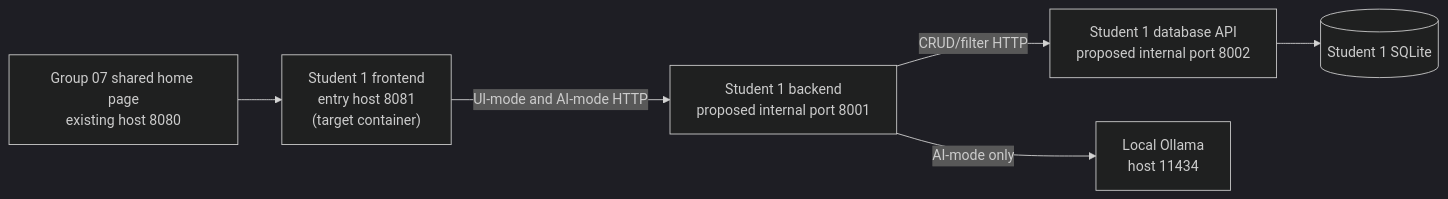
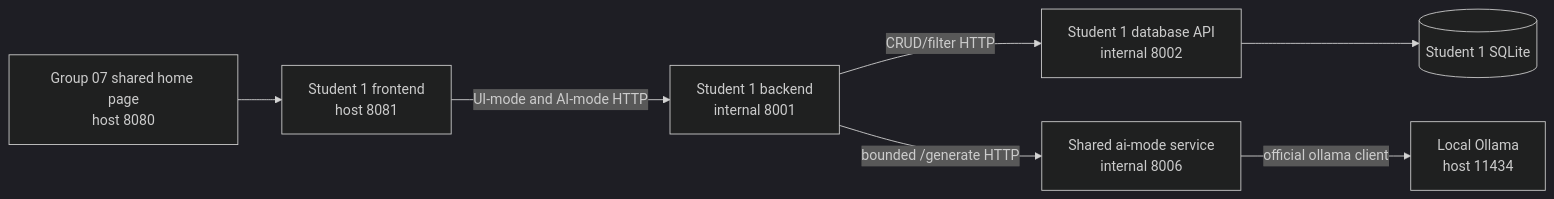
One commit to JulianKirk/TripGenie changed the diagram in docs/architecture/student-1-release-0-architecture.md. Above: the diagram before and after it, drawn with Mermaid (dark theme). The commit also changed other lines of this file and 42 other files, not shown here.

Commit message:
feat: refactor issue 12 shared ai mode

````diff
--- a/docs/architecture/student-1-release-0-architecture.md
+++ b/docs/architecture/student-1-release-0-architecture.md
@@ -37,8 +31,9 @@
 ```mermaid
 flowchart LR
-    Shared["Group 07 shared home page\nexisting host 8080"] --> Front["Student 1 frontend\nentry host 8081\n(target container)"]
-    Front -->|UI-mode and AI-mode HTTP| Back["Student 1 backend\nproposed internal port 8001"]
-    Back -->|CRUD/filter HTTP| Db["Student 1 database API\nproposed internal port 8002"]
+    Shared["Group 07 shared home page\nhost 8080"] --> Front["Student 1 frontend\nhost 8081"]
+    Front -->|UI-mode and AI-mode HTTP| Back["Student 1 backend\ninternal 8001"]
+    Back -->|CRUD/filter HTTP| Db["Student 1 database API\ninternal 8002"]
     Db --> Sqlite[("Student 1 SQLite")]
-    Back -->|AI-mode only| Ollama["Local Ollama\nhost 11434"]
+    Back -->|bounded /generate HTTP| AiMode["Shared ai-mode service\ninternal 8006"]
+    AiMode -->|official ollama client| Ollama["Local Ollama\nhost 11434"]
 ```
````
